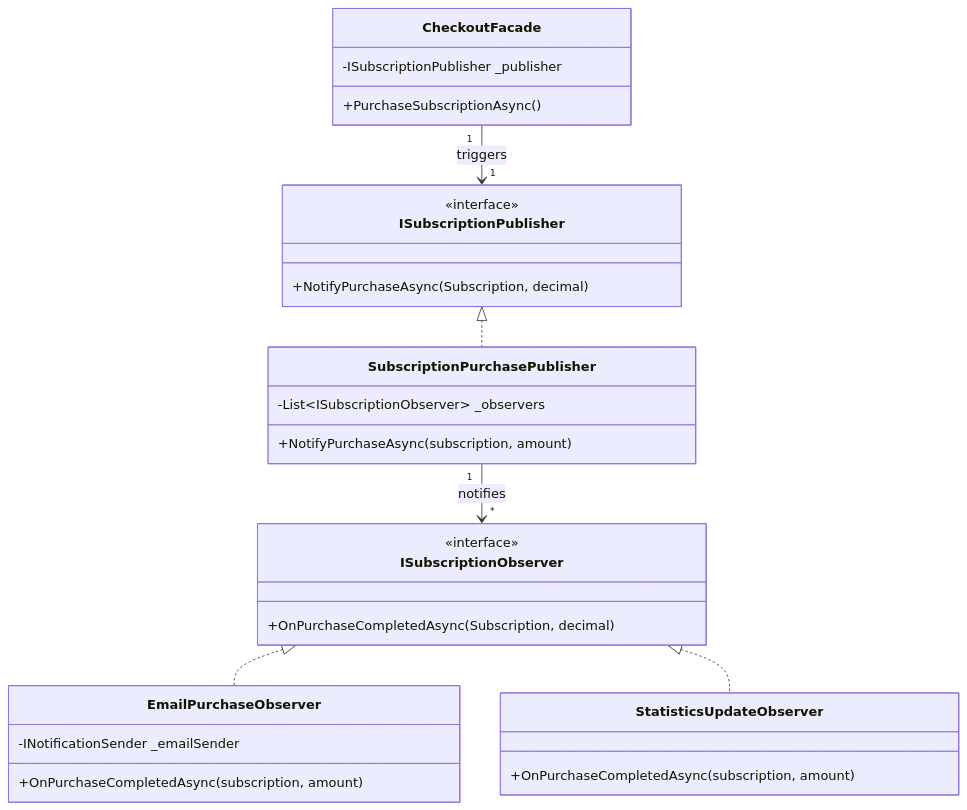
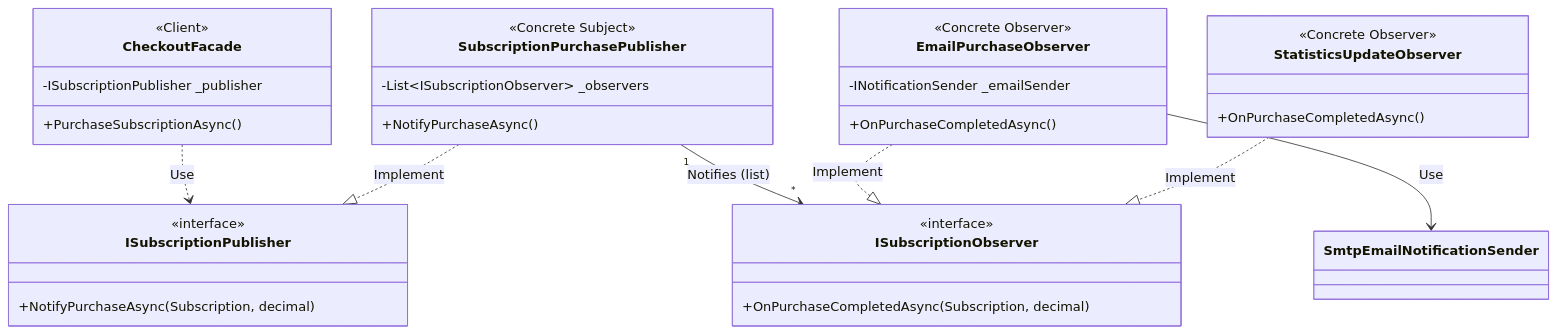
The diagram in backend/observer_design_pattern.md (CrivoiDaniel/fitness-app), drawn with Mermaid before and after one commit. The commit also changed other lines of this file and 12 other files, not shown here.

````diff
--- a/backend/observer_design_pattern.md
+++ b/backend/observer_design_pattern.md
@@ -24,37 +8,42 @@
 ```mermaid
 classDiagram
+    class CheckoutFacade {
+        <<Client>>
+        -ISubscriptionPublisher _publisher
+        +PurchaseSubscriptionAsync()
+    }
+
     class ISubscriptionPublisher {
         <<interface>>
         +NotifyPurchaseAsync(Subscription, decimal)
+    }
+
+    class SubscriptionPurchasePublisher {
+        <<Concrete Subject>>
+        -List~ISubscriptionObserver~ _observers
+        +NotifyPurchaseAsync()
     }
 
     class ISubscriptionObserver {
         <<interface>>
         +OnPurchaseCompletedAsync(Subscription, decimal)
     }
 
-    class SubscriptionPurchasePublisher {
-        -List~ISubscriptionObserver~ _observers
-        +NotifyPurchaseAsync(subscription, amount)
-    }
-
     class EmailPurchaseObserver {
+        <<Concrete Observer>>
         -INotificationSender _emailSender
-        +OnPurchaseCompletedAsync(subscription, amount)
+        +OnPurchaseCompletedAsync()
     }
 
     class StatisticsUpdateObserver {
-        +OnPurchaseCompletedAsync(subscription, amount)
+        <<Concrete Observer>>
+        +OnPurchaseCompletedAsync()
     }
 
-    class CheckoutFacade {
-        -ISubscriptionPublisher _publisher
-        +PurchaseSubscriptionAsync()
-    }
-
-    ISubscriptionPublisher <|.. SubscriptionPurchasePublisher
-    ISubscriptionObserver <|.. EmailPurchaseObserver
-    ISubscriptionObserver <|.. StatisticsUpdateObserver
-    SubscriptionPurchasePublisher "1" --> "*" ISubscriptionObserver : notifies
-    CheckoutFacade "1" --> "1" ISubscriptionPublisher : triggers
+    CheckoutFacade ..> ISubscriptionPublisher : Use
+    SubscriptionPurchasePublisher ..|> ISubscriptionPublisher : Implement
+    SubscriptionPurchasePublisher "1" --> "*" ISubscriptionObserver : Notifies (list)
+    EmailPurchaseObserver ..|> ISubscriptionObserver : Implement
+    StatisticsUpdateObserver ..|> ISubscriptionObserver : Implement
+    EmailPurchaseObserver --> SmtpEmailNotificationSender : Use
 ```
````
